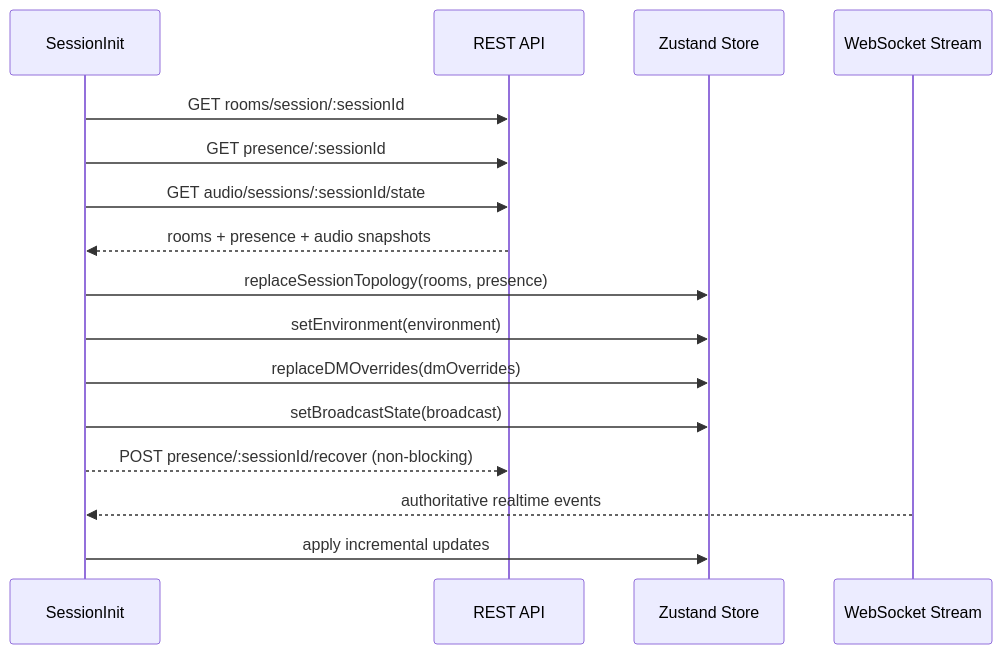
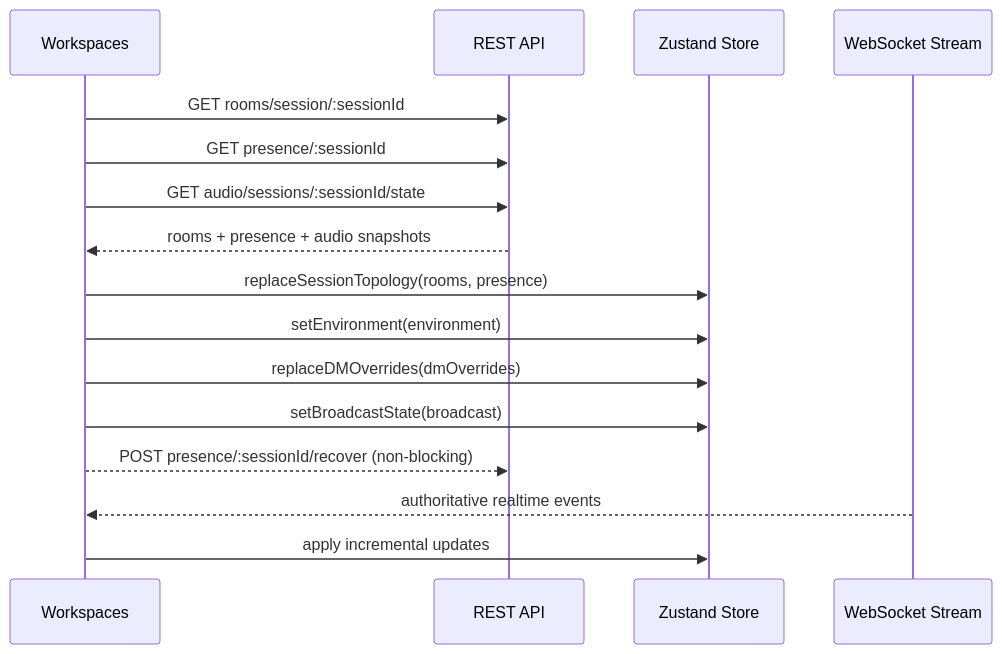
Before and after one commit to AndyProsser/vtt-chat: the third of 3 diagrams in docs/architecture/SESSION-LIFECYCLE.md, drawn with Mermaid. The commit also changed 35 other files, not shown here.

````diff
--- a/docs/architecture/SESSION-LIFECYCLE.md
+++ b/docs/architecture/SESSION-LIFECYCLE.md
@@ -374,21 +374,21 @@
 ```mermaid
 sequenceDiagram
-    participant Client as SessionInit
+    participant Client as Workspaces
     participant API as REST API
     participant Store as Zustand Store
     participant WS as WebSocket Stream
 
     Client->>API: GET rooms/session/:sessionId
     Client->>API: GET presence/:sessionId
     Client->>API: GET audio/sessions/:sessionId/state
     API-->>Client: rooms + presence + audio snapshots
 
     Client->>Store: replaceSessionTopology(rooms, presence)
     Client->>Store: setEnvironment(environment)
     Client->>Store: replaceDMOverrides(dmOverrides)
     Client->>Store: setBroadcastState(broadcast)
 
     Client-->>API: POST presence/:sessionId/recover (non-blocking)
     WS-->>Client: authoritative realtime events
     Client->>Store: apply incremental updates
 ```
````
